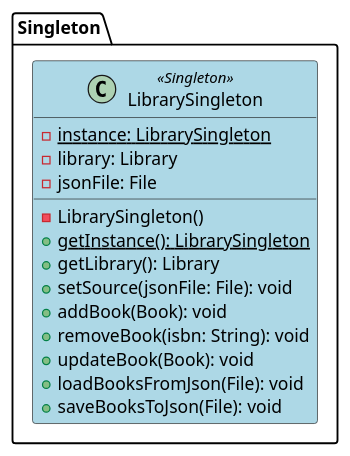
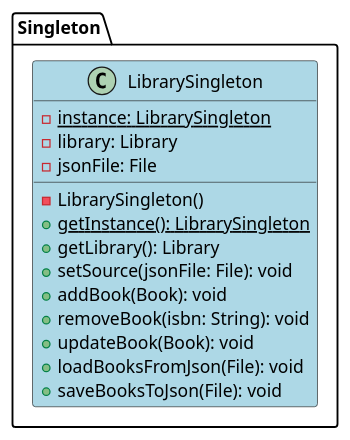
Before and after one commit to CaputoCristian/LibreriaPersonale: the diagram in src/UML/Component/SingletonComponentDiagram.puml, drawn with PlantUML. The commit also changed 24 other files, not shown here.

```diff
--- a/src/UML/Component/SingletonComponentDiagram.puml
+++ b/src/UML/Component/SingletonComponentDiagram.puml
@@ -1,25 +1,24 @@
 @startuml Singleton Component Diagram
 
 skinparam class {
-    BackgroundColor<<Singleton>> LightBlue
-    BackgroundColor<<Template>> LightGreen
+    BackgroundColor LightBlue
 }
 
 package "Singleton" {
-    class LibrarySingleton <<Singleton>> {
+    class LibrarySingleton {
         - {static} instance: LibrarySingleton
         - library: Library
         - jsonFile: File
         - LibrarySingleton()
         + {static} getInstance(): LibrarySingleton
         + getLibrary(): Library
         + setSource(jsonFile: File): void
         + addBook(Book): void
         + removeBook(isbn: String): void
         + updateBook(Book): void
         + loadBooksFromJson(File): void
         + saveBooksToJson(File): void
     }
 }
 
 @enduml
```
